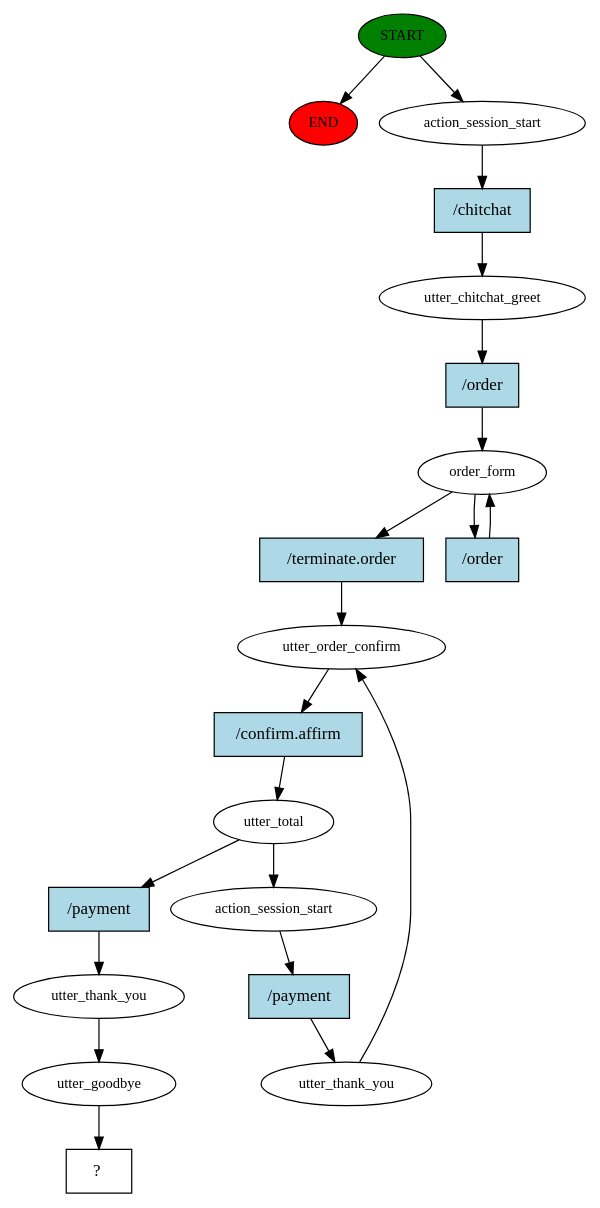
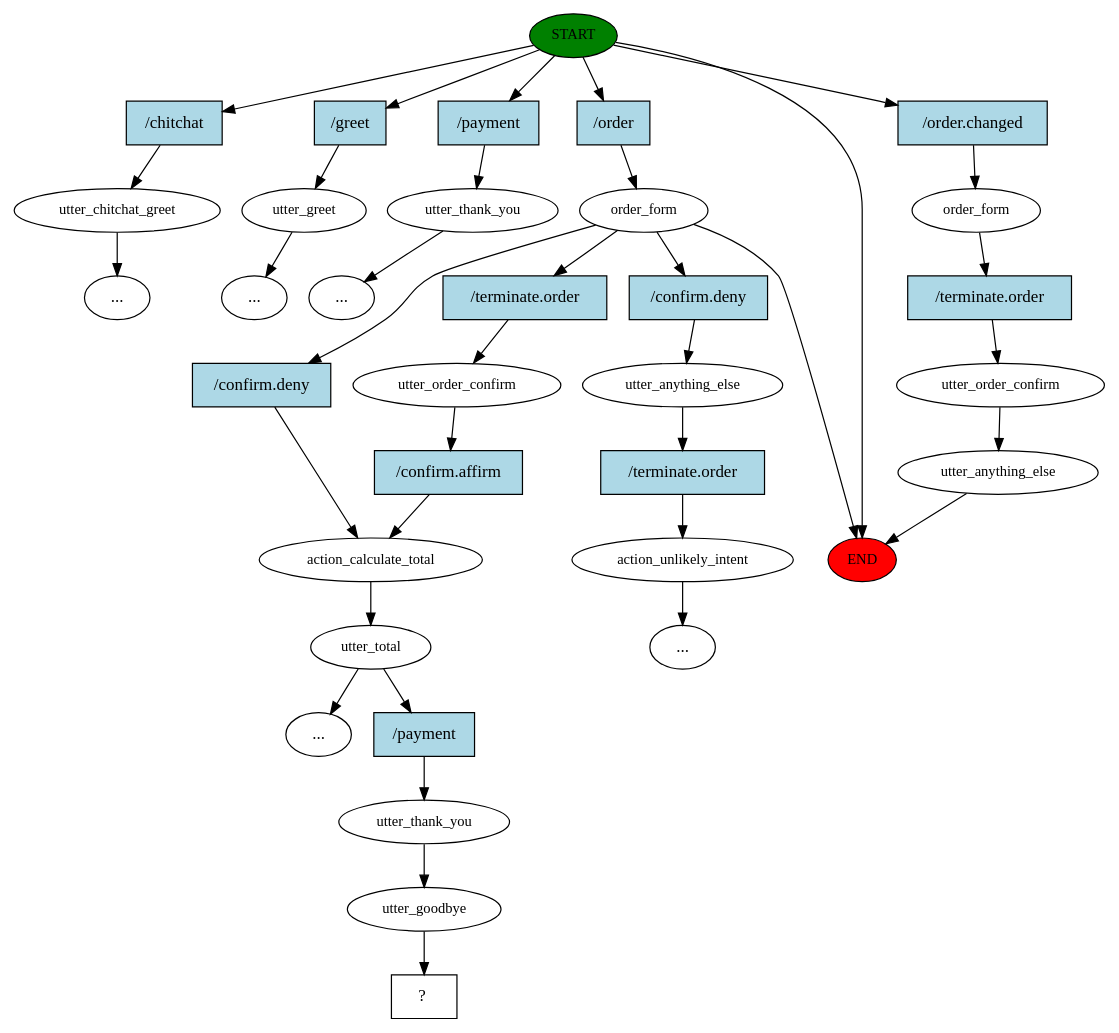
One commit to nictamhk/restaurant-order-chatbot changed the diagram in story_graph.dot. Above: the diagram before and after it, drawn with Graphviz. The commit also changed 50 other files, not shown here.

```diff
--- a/story_graph.dot
+++ b/story_graph.dot
@@ -1,41 +1,72 @@
 digraph  {
 0 [class="start active", fillcolor=green, fontsize=12, label=START, style=filled];
 "-1" [class=end, fillcolor=red, fontsize=12, label=END, style=filled];
-1 [class=active, fontsize=12, label=action_session_start];
-2 [class=active, fontsize=12, label=utter_chitchat_greet];
-3 [class=active, fontsize=12, label=order_form];
-5 [class=active, fontsize=12, label=utter_order_confirm];
-6 [class=active, fontsize=12, label=utter_total];
-7 [class=active, fontsize=12, label=action_session_start];
-8 [class=active, fontsize=12, label=utter_thank_you];
-11 [class=active, fontsize=12, label=utter_thank_you];
-12 [class=active, fontsize=12, label=utter_goodbye];
-13 [class="intent dashed active", label="  ?  ", shape=rect];
-14 [class="intent active", fillcolor=lightblue, label="/chitchat", shape=rect, style=filled];
-15 [class="intent active", fillcolor=lightblue, label="/order", shape=rect, style=filled];
-16 [class="intent active", fillcolor=lightblue, label="/terminate.order", shape=rect, style=filled];
-17 [class="intent active", fillcolor=lightblue, label="/order", shape=rect, style=filled];
-18 [class="intent active", fillcolor=lightblue, label="/confirm.affirm", shape=rect, style=filled];
-19 [class="intent active", fillcolor=lightblue, label="/payment", shape=rect, style=filled];
-20 [class="intent active", fillcolor=lightblue, label="/payment", shape=rect, style=filled];
+1 [class="", fontsize=12, label=utter_chitchat_greet];
+2 [class="", fontsize=12, label=utter_greet];
+4 [class="", fontsize=12, label=utter_thank_you];
+"-6" [class=ellipsis, label="..."];
+5 [class=active, fontsize=12, label=order_form];
+13 [class="", fontsize=12, label=order_form];
+14 [class="", fontsize=12, label=utter_order_confirm];
+15 [class="", fontsize=12, label=utter_anything_else];
+"-19" [class=ellipsis, label="..."];
+"-20" [class=ellipsis, label="..."];
+24 [class=active, fontsize=12, label=action_calculate_total];
+25 [class=active, fontsize=12, label=utter_total];
+"-21" [class=ellipsis, label="..."];
+27 [class="", fontsize=12, label=utter_anything_else];
+28 [class="", fontsize=12, label=action_unlikely_intent];
+"-22" [class=ellipsis, label="..."];
+30 [class=active, fontsize=12, label=utter_order_confirm];
+33 [class=active, fontsize=12, label=utter_thank_you];
+34 [class=active, fontsize=12, label=utter_goodbye];
+35 [class="intent dashed active", label="  ?  ", shape=rect];
+36 [class=intent, fillcolor=lightblue, label="/chitchat", shape=rect, style=filled];
+37 [class=intent, fillcolor=lightblue, label="/greet", shape=rect, style=filled];
+38 [class=intent, fillcolor=lightblue, label="/payment", shape=rect, style=filled];
+39 [class="intent active", fillcolor=lightblue, label="/order", shape=rect, style=filled];
+40 [class=intent, fillcolor=lightblue, label="/order.changed", shape=rect, style=filled];
+41 [class=intent, fillcolor=lightblue, label="/confirm.deny", shape=rect, style=filled];
+42 [class=intent, fillcolor=lightblue, label="/confirm.deny", shape=rect, style=filled];
+43 [class="intent active", fillcolor=lightblue, label="/terminate.order", shape=rect, style=filled];
+44 [class=intent, fillcolor=lightblue, label="/terminate.order", shape=rect, style=filled];
+45 [class="intent active", fillcolor=lightblue, label="/payment", shape=rect, style=filled];
+46 [class=intent, fillcolor=lightblue, label="/terminate.order", shape=rect, style=filled];
+47 [class="intent active", fillcolor=lightblue, label="/confirm.affirm", shape=rect, style=filled];
 0 -> "-1"  [class="", key=NONE, label=""];
-0 -> 1  [class=active, key=NONE, label=""];
-1 -> 14  [class=active, key=0];
-2 -> 15  [class=active, key=0];
-3 -> 16  [class=active, key=0];
-3 -> 17  [class=active, key=0];
-5 -> 18  [class=active, key=0];
-6 -> 7  [class=active, key=NONE, label=""];
-6 -> 19  [class=active, key=0];
-7 -> 20  [class=active, key=0];
-8 -> 5  [class=active, key=NONE, label=""];
-11 -> 12  [class=active, key=NONE, label=""];
-12 -> 13  [class=active, key=NONE, label=""];
-14 -> 2  [class=active, key=0];
-15 -> 3  [class=active, key=0];
-16 -> 5  [class=active, key=0];
-17 -> 3  [class=active, key=0];
-18 -> 6  [class=active, key=0];
-19 -> 11  [class=active, key=0];
-20 -> 8  [class=active, key=0];
+0 -> 36  [class="", key=0];
+0 -> 37  [class="", key=0];
+0 -> 38  [class="", key=0];
+0 -> 39  [class=active, key=0];
+0 -> 40  [class="", key=0];
+1 -> "-20"  [class="", key=NONE, label=""];
+2 -> "-19"  [class="", key=NONE, label=""];
+4 -> "-6"  [class="", key=NONE, label=""];
+5 -> "-1"  [class="", key=NONE, label=""];
+5 -> 41  [class="", key=0];
+5 -> 42  [class="", key=0];
+5 -> 43  [class=active, key=0];
+13 -> 44  [class="", key=0];
+14 -> 15  [class="", key=NONE, label=""];
+15 -> "-1"  [class="", key=NONE, label=""];
+24 -> 25  [class=active, key=NONE, label=""];
+25 -> "-21"  [class="", key=NONE, label=""];
+25 -> 45  [class=active, key=0];
+27 -> 46  [class="", key=0];
+28 -> "-22"  [class="", key=NONE, label=""];
+30 -> 47  [class=active, key=0];
+33 -> 34  [class=active, key=NONE, label=""];
+34 -> 35  [class=active, key=NONE, label=""];
+36 -> 1  [class="", key=0];
+37 -> 2  [class="", key=0];
+38 -> 4  [class="", key=0];
+39 -> 5  [class=active, key=0];
+40 -> 13  [class="", key=0];
+41 -> 24  [class="", key=0];
+42 -> 27  [class="", key=0];
+43 -> 30  [class=active, key=0];
+44 -> 14  [class="", key=0];
+45 -> 33  [class=active, key=0];
+46 -> 28  [class="", key=0];
+47 -> 24  [class=active, key=0];
 }
```
